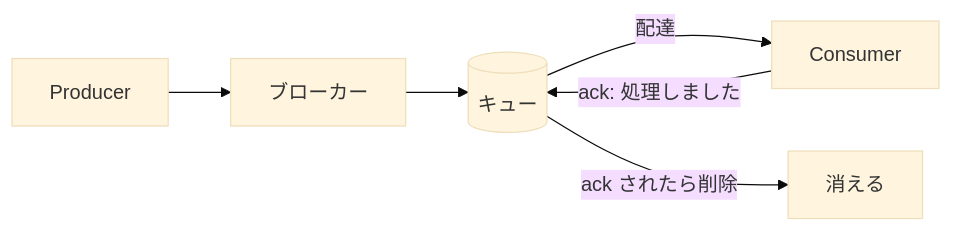
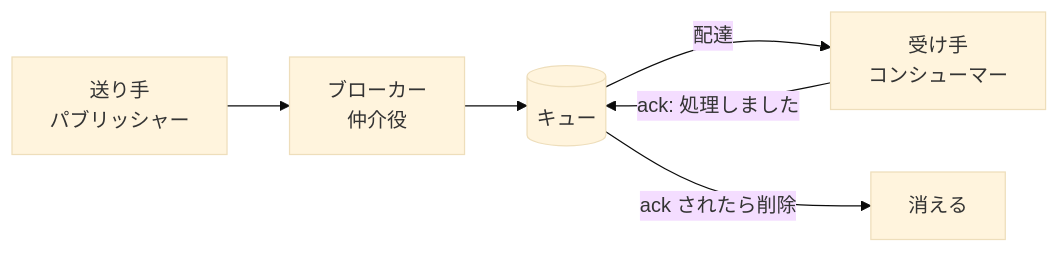
The first of 2 diagrams in chapters/05-messaging-products.md (t-inoue0214/starter-web-async), drawn with Mermaid (base theme) before and after one commit. The commit also changed other lines of this file and 96 other files, not shown here.

````diff
--- a/chapters/05-messaging-products.md
+++ b/chapters/05-messaging-products.md
@@ -21,8 +21,8 @@
 ```mermaid
 flowchart LR
-    P[Producer] --> B[ブローカー]
+    P[送り手<br>パブリッシャー] --> B[ブローカー<br>仲介役]
     B --> Q[(キュー)]
-    Q -->|配達| C[Consumer]
+    Q -->|配達| C[受け手<br>コンシューマー]
     C -->|ack: 処理しました| Q
     Q -->|ack されたら削除| X[消える]
 ```
````
